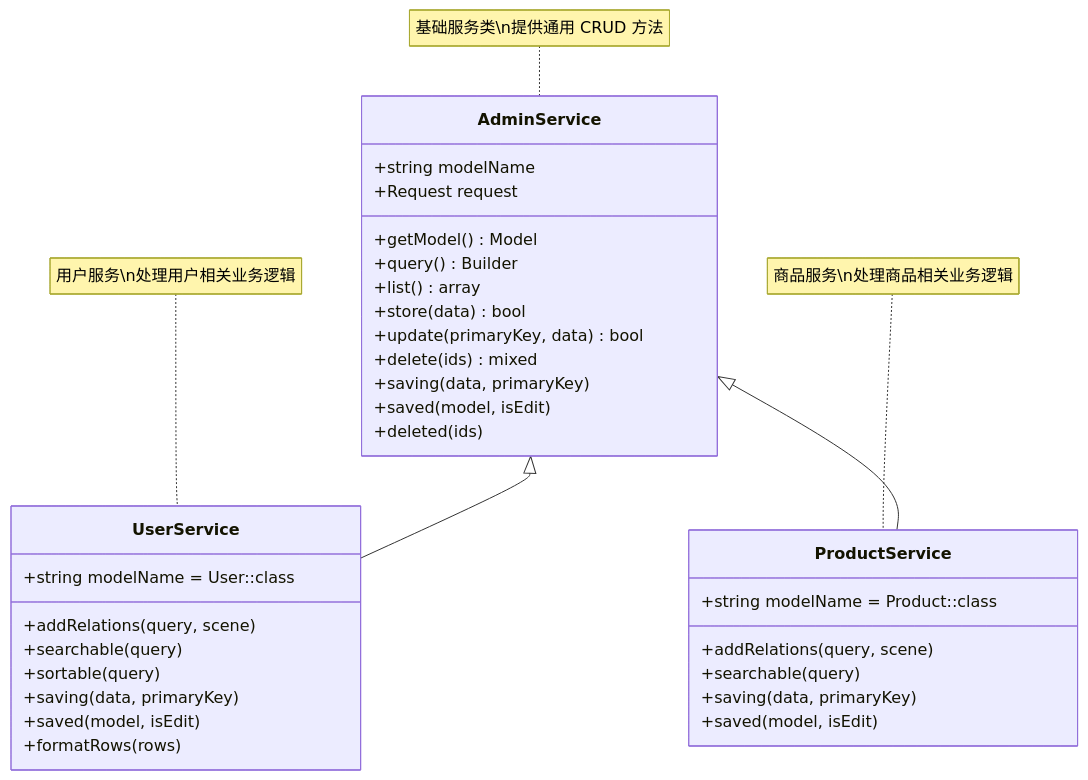
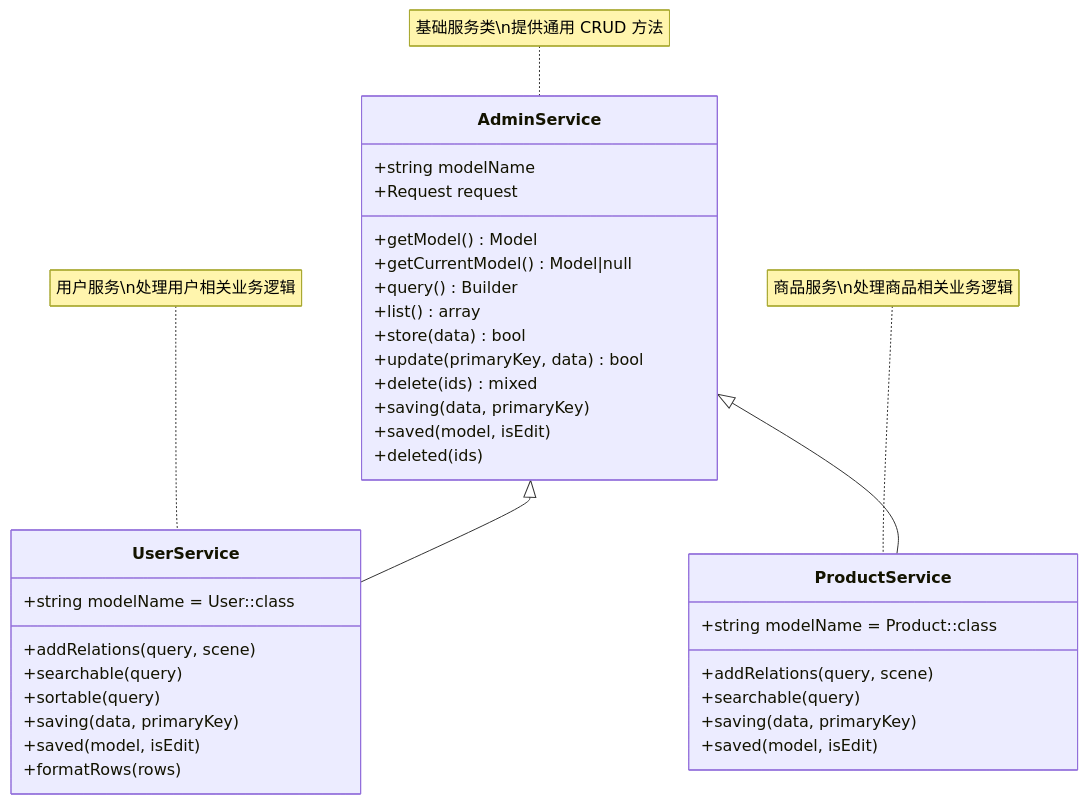
Before and after one commit to owl-admin/docs: the diagram in docs/guide/crud/service-rewrite.md, drawn with Mermaid. The commit also changed other lines of this file and 1 other file, not shown here.

First line of the commit message:
docs(crud): 添加 getCurrentModel 辅助方法说明

````diff
--- a/docs/guide/crud/service-rewrite.md
+++ b/docs/guide/crud/service-rewrite.md
@@ -7,41 +7,42 @@
 ```mermaid
 classDiagram
     class AdminService {
         +string modelName
         +Request request
         +getModel() Model
+        +getCurrentModel() Model|null
         +query() Builder
         +list() array
         +store(data) bool
         +update(primaryKey, data) bool
         +delete(ids) mixed
         +saving(data, primaryKey)
         +saved(model, isEdit)
         +deleted(ids)
     }
 
     class UserService {
         +string modelName = User::class
         +addRelations(query, scene)
         +searchable(query)
         +sortable(query)
         +saving(data, primaryKey)
         +saved(model, isEdit)
         +formatRows(rows)
     }
 
     class ProductService {
         +string modelName = Product::class
         +addRelations(query, scene)
         +searchable(query)
         +saving(data, primaryKey)
         +saved(model, isEdit)
     }
 
     AdminService <|-- UserService
     AdminService <|-- ProductService
 
     note for AdminService "基础服务类\n提供通用 CRUD 方法"
     note for UserService "用户服务\n处理用户相关业务逻辑"
     note for ProductService "商品服务\n处理商品相关业务逻辑"
 ```
````
